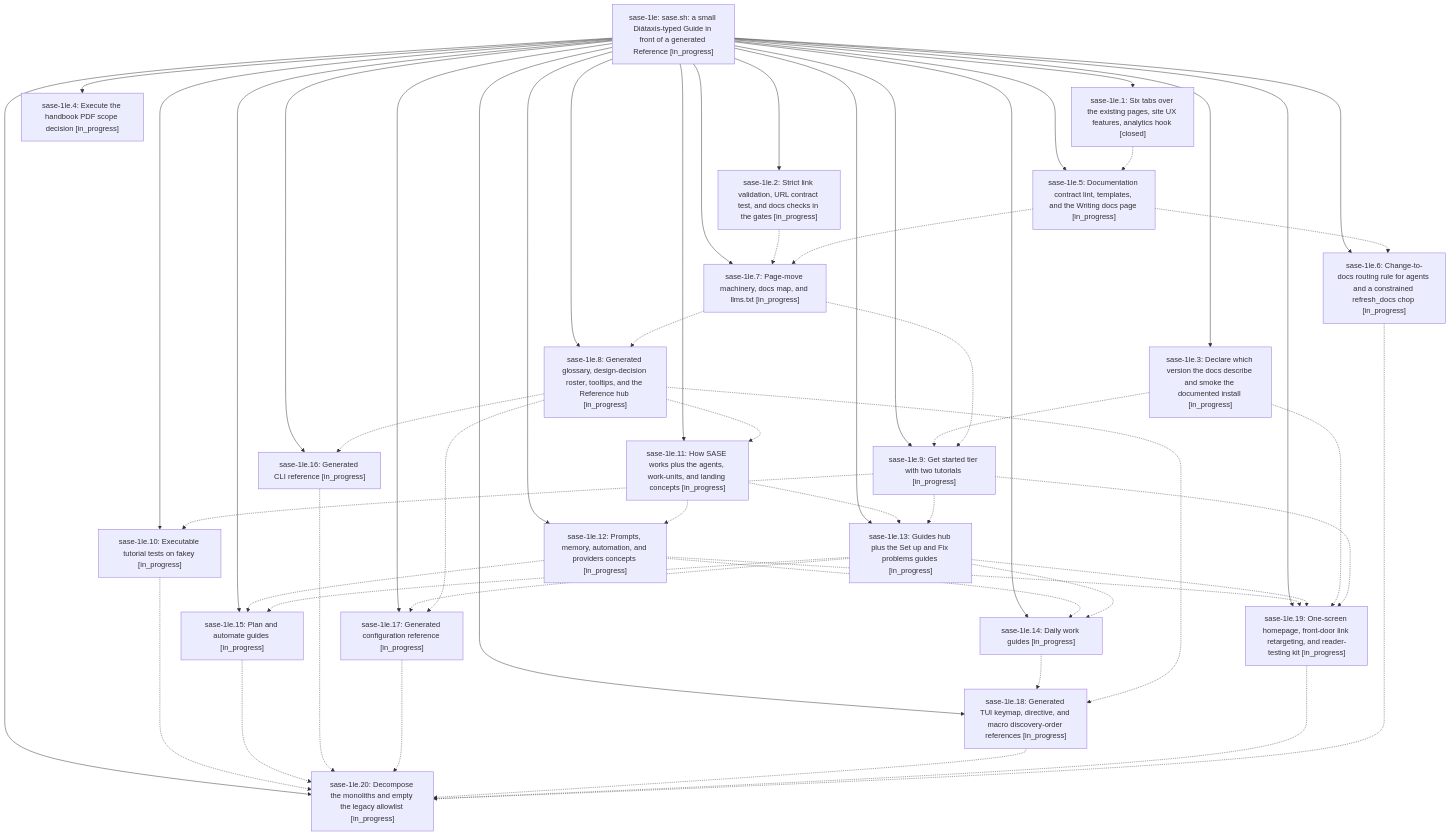
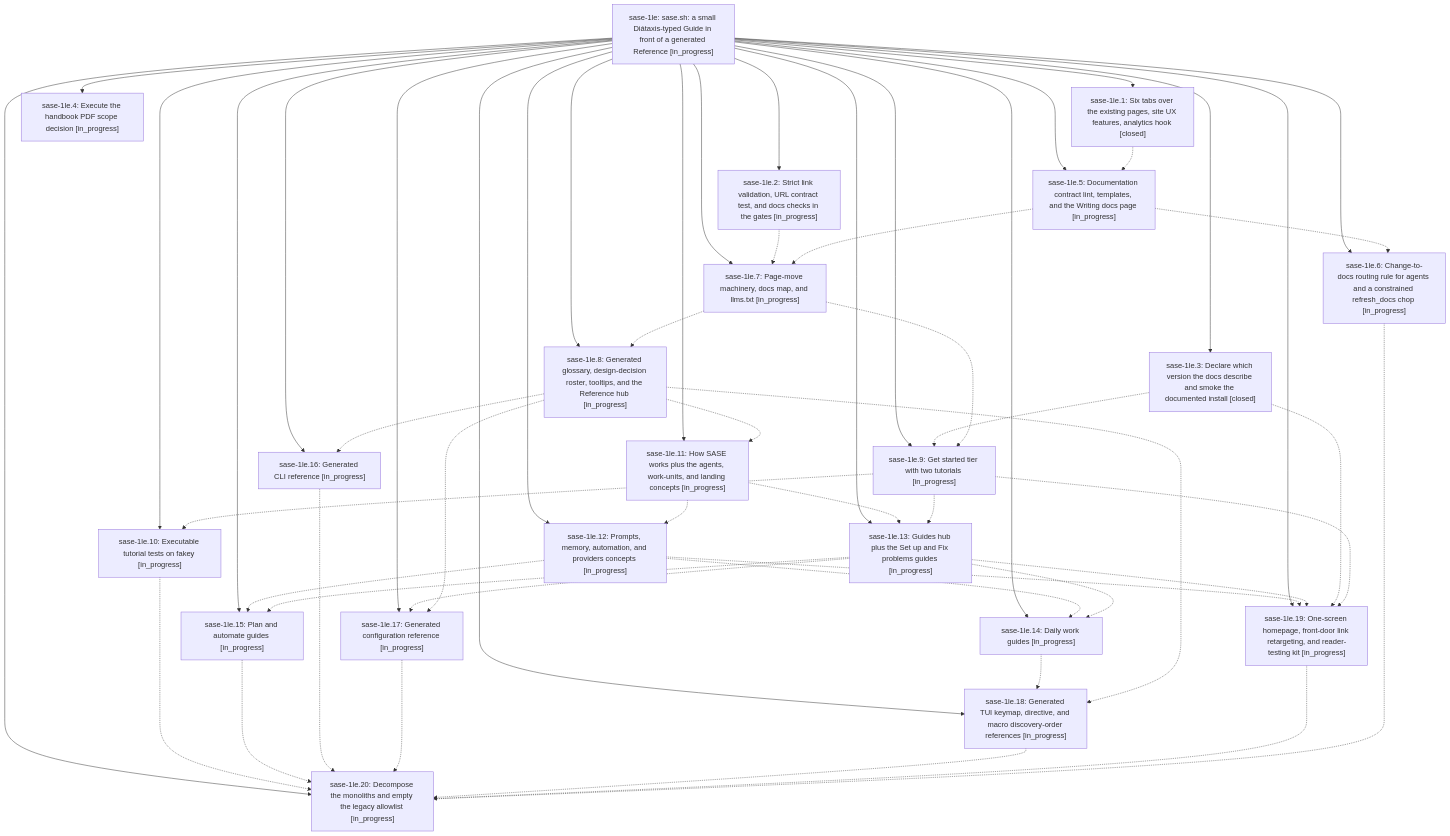
Before and after one commit to sase-org/sase--beads: the diagram in pages/sase-1le/README.md, drawn with Mermaid. The commit also changed other lines of this file and 4 other files, not shown here.

````diff
--- a/pages/sase-1le/README.md
+++ b/pages/sase-1le/README.md
@@ -41,76 +41,76 @@
 ```mermaid
 flowchart TD
     n0["sase-1le: sase.sh: a small Diátaxis-typed Guide in front of a generated Reference [in_progress]"]
     n1["sase-1le.1: Six tabs over the existing pages, site UX features, analytics hook [closed]"]
     n2["sase-1le.10: Executable tutorial tests on fakey [in_progress]"]
     n3["sase-1le.11: How SASE works plus the agents, work-units, and landing concepts [in_progress]"]
     n4["sase-1le.12: Prompts, memory, automation, and providers concepts [in_progress]"]
     n5["sase-1le.13: Guides hub plus the Set up and Fix problems guides [in_progress]"]
     n6["sase-1le.14: Daily work guides [in_progress]"]
     n7["sase-1le.15: Plan and automate guides [in_progress]"]
     n8["sase-1le.16: Generated CLI reference [in_progress]"]
     n9["sase-1le.17: Generated configuration reference [in_progress]"]
     n10["sase-1le.18: Generated TUI keymap, directive, and macro discovery-order references [in_progress]"]
     n11["sase-1le.19: One-screen homepage, front-door link retargeting, and reader-testing kit [in_progress]"]
     n12["sase-1le.2: Strict link validation, URL contract test, and docs checks in the gates [in_progress]"]
     n13["sase-1le.20: Decompose the monoliths and empty the legacy allowlist [in_progress]"]
-    n14["sase-1le.3: Declare which version the docs describe and smoke the documented install [in_progress]"]
+    n14["sase-1le.3: Declare which version the docs describe and smoke the documented install [closed]"]
     n15["sase-1le.4: Execute the handbook PDF scope decision [in_progress]"]
     n16["sase-1le.5: Documentation contract lint, templates, and the Writing docs page [in_progress]"]
     n17["sase-1le.6: Change-to-docs routing rule for agents and a constrained refresh_docs chop [in_progress]"]
     n18["sase-1le.7: Page-move machinery, docs map, and llms.txt [in_progress]"]
     n19["sase-1le.8: Generated glossary, design-decision roster, tooltips, and the Reference hub [in_progress]"]
     n20["sase-1le.9: Get started tier with two tutorials [in_progress]"]
     n0 --> n1
     n0 --> n2
     n0 --> n3
     n0 --> n4
     n0 --> n5
     n0 --> n6
     n0 --> n7
     n0 --> n8
     n0 --> n9
     n0 --> n10
     n0 --> n11
     n0 --> n12
     n0 --> n13
     n0 --> n14
     n0 --> n15
     n0 --> n16
     n0 --> n17
     n0 --> n18
     n0 --> n19
     n0 --> n20
     n1 -.-> n16
     n2 -.-> n13
     n3 -.-> n4
     n3 -.-> n5
     n4 -.-> n6
     n4 -.-> n7
     n4 -.-> n11
     n5 -.-> n6
     n5 -.-> n7
     n5 -.-> n9
     n5 -.-> n11
     n6 -.-> n10
     n7 -.-> n13
     n8 -.-> n13
     n9 -.-> n13
     n10 -.-> n13
     n11 -.-> n13
     n12 -.-> n18
     n14 -.-> n11
     n14 -.-> n20
     n16 -.-> n17
     n16 -.-> n18
     n17 -.-> n13
     n18 -.-> n19
     n18 -.-> n20
     n19 -.-> n3
     n19 -.-> n8
     n19 -.-> n9
     n19 -.-> n10
     n20 -.-> n2
     n20 -.-> n5
     n20 -.-> n11
 ```
````
